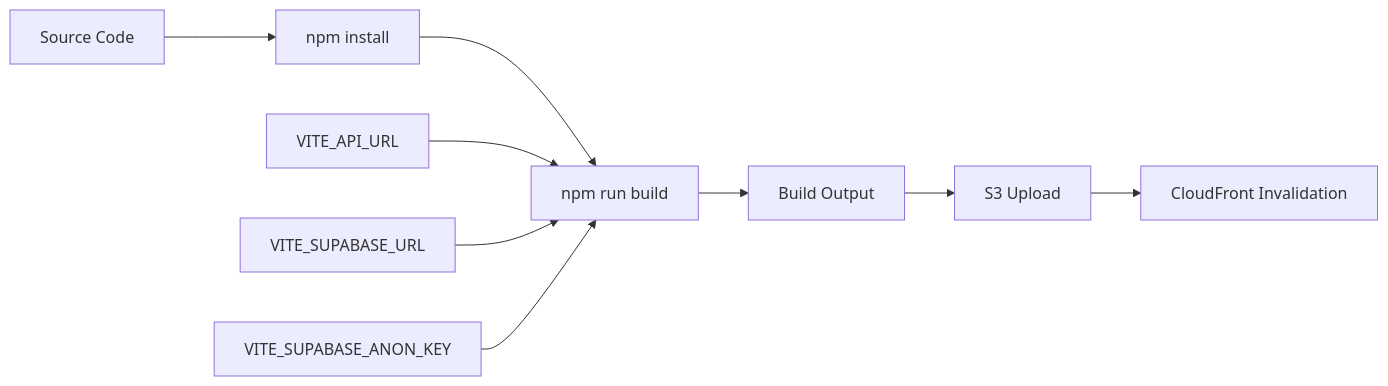
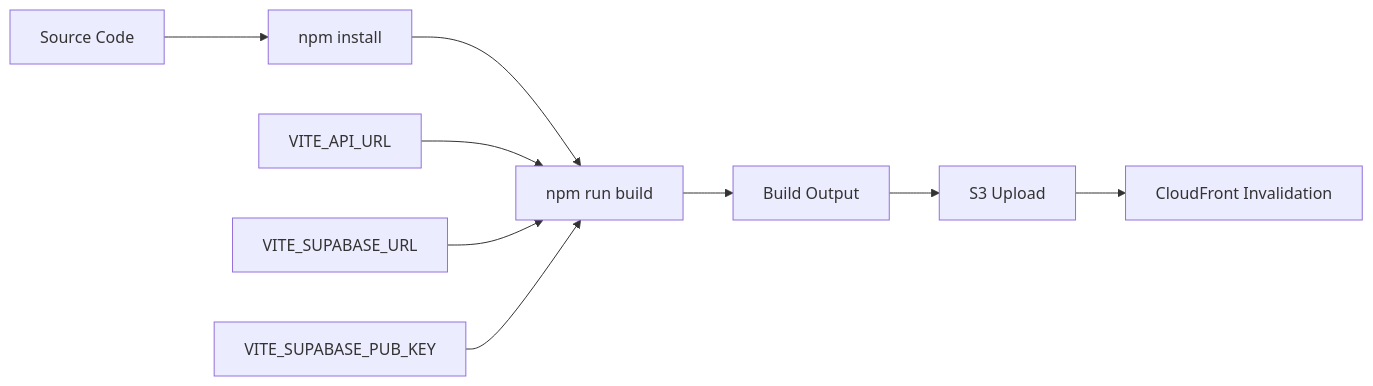
One commit to ProgrammingPete/strands-multi-agent-system changed the fifth of 5 diagrams in .kiro/specs/aws-deployment-pipeline/design.md. Above: the diagram before and after it, drawn with Mermaid. The commit also changed other lines of this file and 2 other files, not shown here.

First line of the commit message:
docs(specs,vscode): rename Supabase anon key to pub key and add API debug config

````diff
--- a/.kiro/specs/aws-deployment-pipeline/design.md
+++ b/.kiro/specs/aws-deployment-pipeline/design.md
@@ -1056,12 +1056,12 @@
 ```mermaid
 flowchart LR
     A[Source Code] --> B[npm install]
     B --> C[npm run build]
     C --> D[Build Output]
     D --> E[S3 Upload]
     E --> F[CloudFront Invalidation]
     
     ENV[VITE_API_URL] --> C
     ENV2[VITE_SUPABASE_URL] --> C
-    ENV3[VITE_SUPABASE_ANON_KEY] --> C
+    ENV3[VITE_SUPABASE_PUB_KEY] --> C
 ```
````
